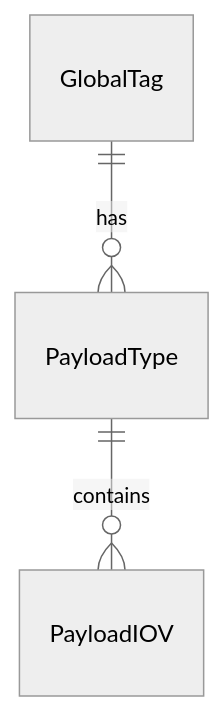
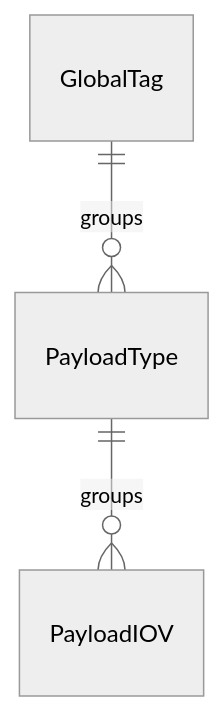
One commit to hsf-training/hsf-training-databases-basics changed the diagram in _episodes/06-conditions-database.md. Above: the diagram before and after it, drawn with Mermaid (neutral theme). The commit also changed other lines of this file, not shown here.

Commit message:
Corrections

````diff
--- a/_episodes/06-conditions-database.md
+++ b/_episodes/06-conditions-database.md
@@ -52,5 +52,5 @@
 ```mermaid
 erDiagram
-    GlobalTag ||--o{ PayloadType : has
-    PayloadType ||--o{ PayloadIOV : contains
+    GlobalTag ||--o{ PayloadType : groups
+    PayloadType ||--o{ PayloadIOV : groups
 ```
````
